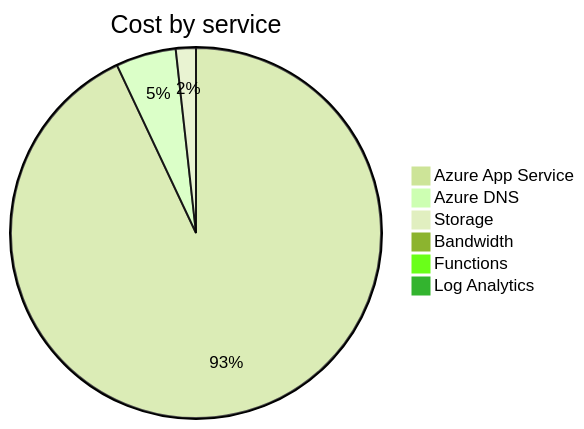
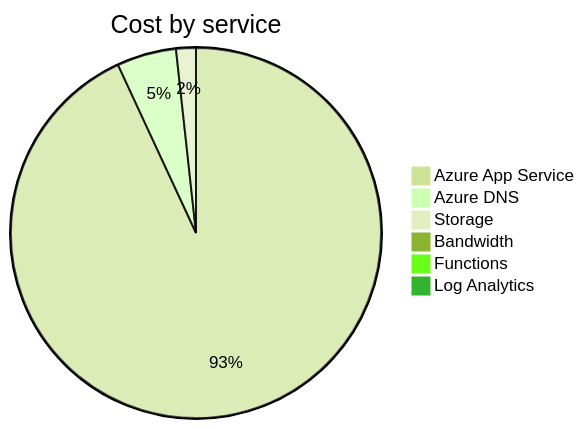
Before and after one commit to jpfulton/azure-personal-reports: the second of 4 diagrams in cost-reports/accumulated-cost.md, drawn with Mermaid (forest theme). The commit also changed other lines of this file and 4 other files, not shown here.

````diff
--- a/cost-reports/accumulated-cost.md
+++ b/cost-reports/accumulated-cost.md
@@ -100,10 +100,10 @@
 ```mermaid
 pie
    title Cost by service
-   "Azure App Service" : 5.84
-   "Azure DNS" : 0.33
-   "Storage" : 0.11
+   "Azure App Service" : 6.46
+   "Azure DNS" : 0.36
+   "Storage" : 0.12
    "Bandwidth" : 0.00
    "Functions" : 0.00
    "Log Analytics" : 0.00
 ```
````
